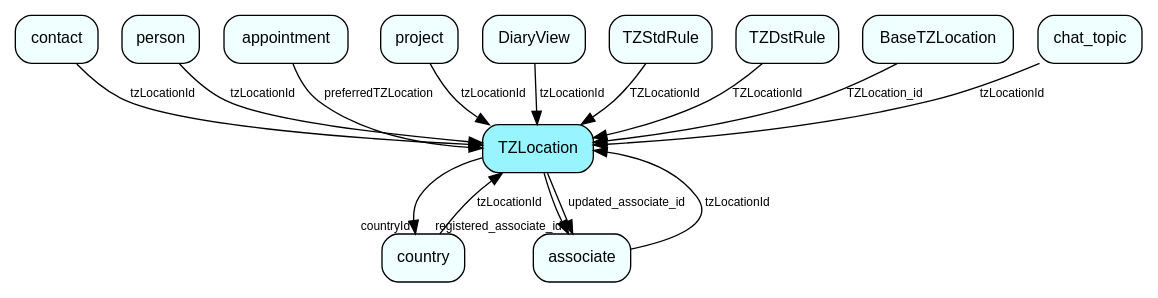
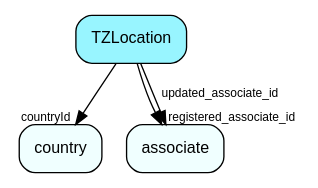
Before and after one commit to SuperOfficeDocs/superoffice-docs: the diagram in docs/en/database/tables/media/TZLocation.dot, drawn with Graphviz. The commit also changed 680 other files, not shown here.

```diff
--- a/docs/en/database/tables/media/TZLocation.dot
+++ b/docs/en/database/tables/media/TZLocation.dot
@@ -1,31 +1,11 @@
 digraph TZLocation  {
 node [shape = box style="rounded, filled" fontname = "Helvetica" fontsize = "12" ]
 edge [fontname = "Helvetica" fontsize = "9"]
 
 TZLocation[fillcolor = "cadetblue1"]
 country[fillcolor = "azure1"]
 associate[fillcolor = "azure1"]
-contact[fillcolor = "azure1"]
-person[fillcolor = "azure1"]
-appointment[fillcolor = "azure1"]
-project[fillcolor = "azure1"]
-DiaryView[fillcolor = "azure1"]
-TZStdRule[fillcolor = "azure1"]
-TZDstRule[fillcolor = "azure1"]
-BaseTZLocation[fillcolor = "azure1"]
-chat_topic[fillcolor = "azure1"]
 TZLocation -> country [headlabel = "countryId"]
 TZLocation -> associate [headlabel = "registered_associate_id"]
 TZLocation -> associate [label = "updated_associate_id"]
-associate -> TZLocation [label = "tzLocationId"]
-contact -> TZLocation [label = "tzLocationId"]
-person -> TZLocation [label = "tzLocationId"]
-appointment -> TZLocation [label = "preferredTZLocation"]
-project -> TZLocation [label = "tzLocationId"]
-country -> TZLocation [label = "tzLocationId"]
-DiaryView -> TZLocation [label = "tzLocationId"]
-TZStdRule -> TZLocation [label = "TZLocationId"]
-TZDstRule -> TZLocation [label = "TZLocationId"]
-BaseTZLocation -> TZLocation [label = "TZLocation_id"]
-chat_topic -> TZLocation [label = "tzLocationId"]
 }
```
